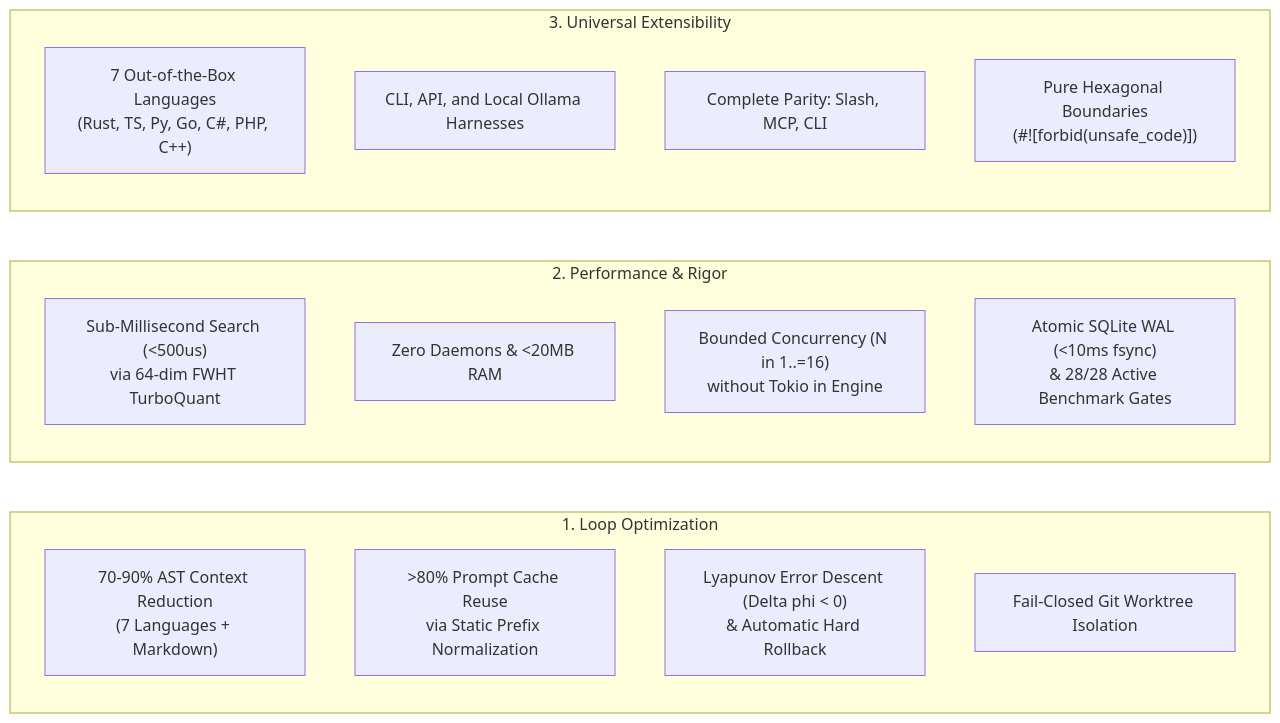
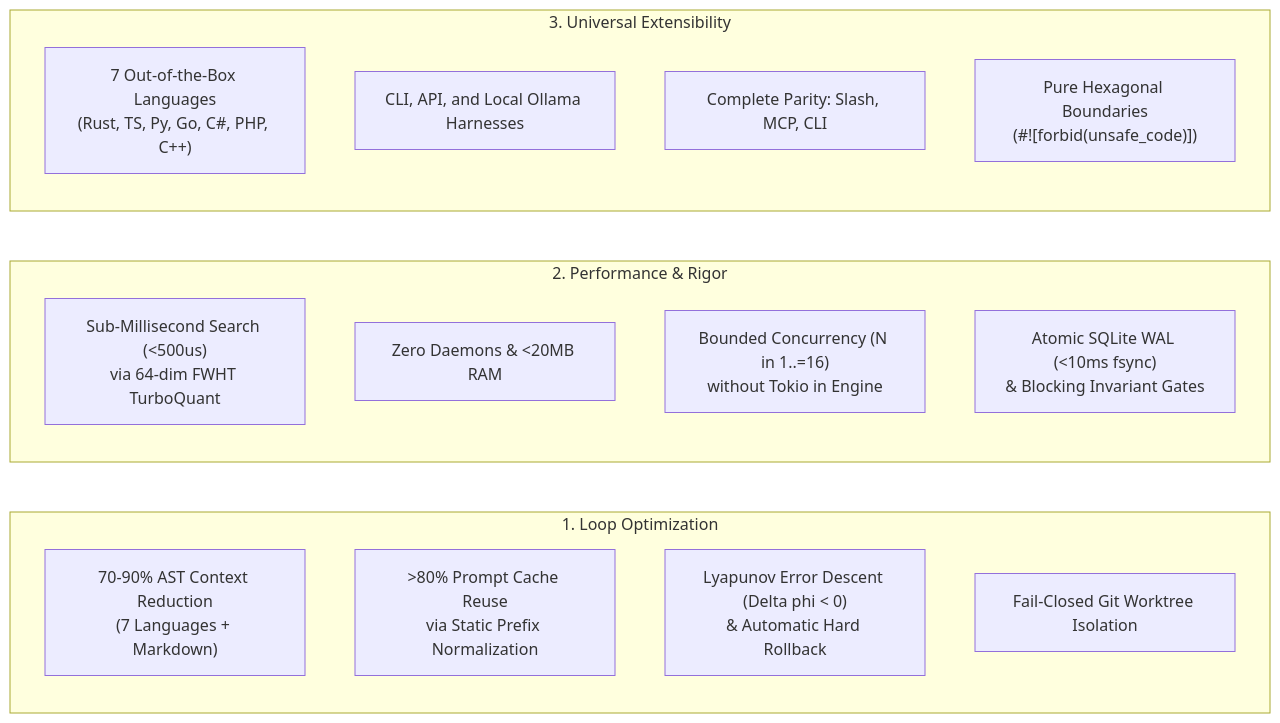
Before and after one commit to smota/meshloop: the diagram in docs/README.md, drawn with Mermaid. The commit also changed other lines of this file and 12 other files, not shown here.

````diff
--- a/docs/README.md
+++ b/docs/README.md
@@ -42,23 +42,23 @@
 ```mermaid
 flowchart LR
   subgraph V1 ["1. Loop Optimization"]
     O1["70-90% AST Context Reduction\n(7 Languages + Markdown)"]
     O2[">80% Prompt Cache Reuse\nvia Static Prefix Normalization"]
     O3["Lyapunov Error Descent (Delta phi < 0)\n& Automatic Hard Rollback"]
     O4["Fail-Closed Git Worktree Isolation"]
   end
 
   subgraph V2 ["2. Performance & Rigor"]
     P1["Sub-Millisecond Search (<500us)\nvia 64-dim FWHT TurboQuant"]
     P2["Zero Daemons & <20MB RAM"]
     P3["Bounded Concurrency (N in 1..=16)\nwithout Tokio in Engine"]
-    P4["Atomic SQLite WAL (<10ms fsync)\n& 28/28 Active Benchmark Gates"]
+    P4["Atomic SQLite WAL (<10ms fsync)\n& Blocking Invariant Gates"]
   end
 
   subgraph V3 ["3. Universal Extensibility"]
     E1["7 Out-of-the-Box Languages\n(Rust, TS, Py, Go, C#, PHP, C++)"]
     E2["CLI, API, and Local Ollama Harnesses"]
     E3["Complete Parity: Slash, MCP, CLI"]
     E4["Pure Hexagonal Boundaries\n(#![forbid(unsafe_code)])"]
   end
 ```
````
